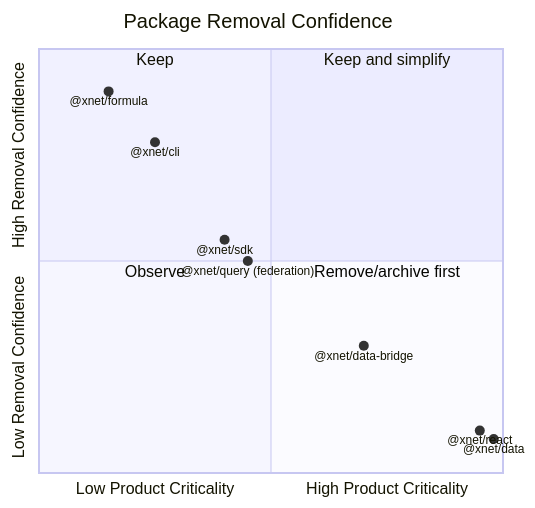
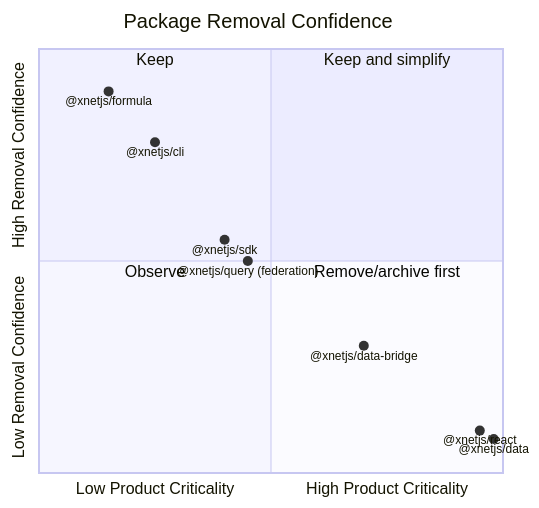
Before and after one commit to crs48/xNet: the third of 5 diagrams in docs/explorations/0095_[_]_PACKAGE_PORTFOLIO_CLEANUP_AND_API_SIMPLIFICATION.md, drawn with Mermaid. The commit also changed other lines of this file and 980 other files, not shown here.

````diff
--- a/docs/explorations/0095_[_]_PACKAGE_PORTFOLIO_CLEANUP_AND_API_SIMPLIFICATION.md
+++ b/docs/explorations/0095_[_]_PACKAGE_PORTFOLIO_CLEANUP_AND_API_SIMPLIFICATION.md
@@ -250,17 +250,17 @@
 ```mermaid
 quadrantChart
   title Package Removal Confidence
   x-axis Low Product Criticality --> High Product Criticality
   y-axis Low Removal Confidence --> High Removal Confidence
   quadrant-1 Keep and simplify
   quadrant-2 Keep
   quadrant-3 Observe
   quadrant-4 Remove/archive first
-  "@xnet/formula": [0.15, 0.9]
-  "@xnet/cli": [0.25, 0.78]
-  "@xnet/sdk": [0.4, 0.55]
-  "@xnet/query (federation)": [0.45, 0.5]
-  "@xnet/data-bridge": [0.7, 0.3]
-  "@xnet/react": [0.95, 0.1]
-  "@xnet/data": [0.98, 0.08]
+  "@xnetjs/formula": [0.15, 0.9]
+  "@xnetjs/cli": [0.25, 0.78]
+  "@xnetjs/sdk": [0.4, 0.55]
+  "@xnetjs/query (federation)": [0.45, 0.5]
+  "@xnetjs/data-bridge": [0.7, 0.3]
+  "@xnetjs/react": [0.95, 0.1]
+  "@xnetjs/data": [0.98, 0.08]
 ```
````
